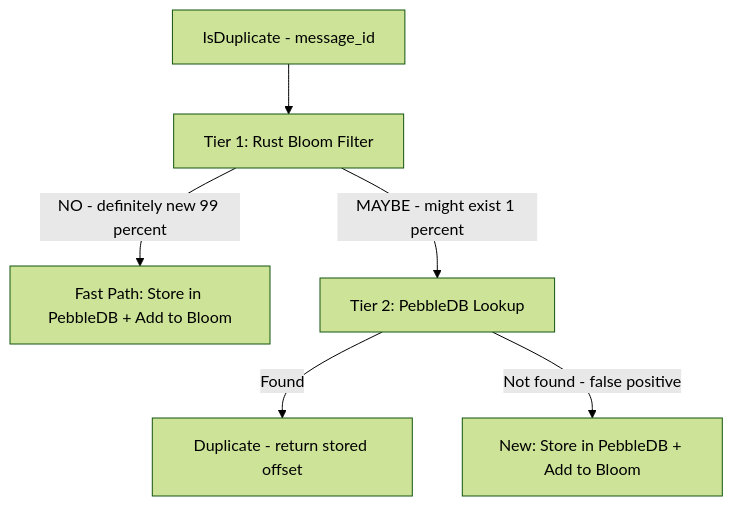
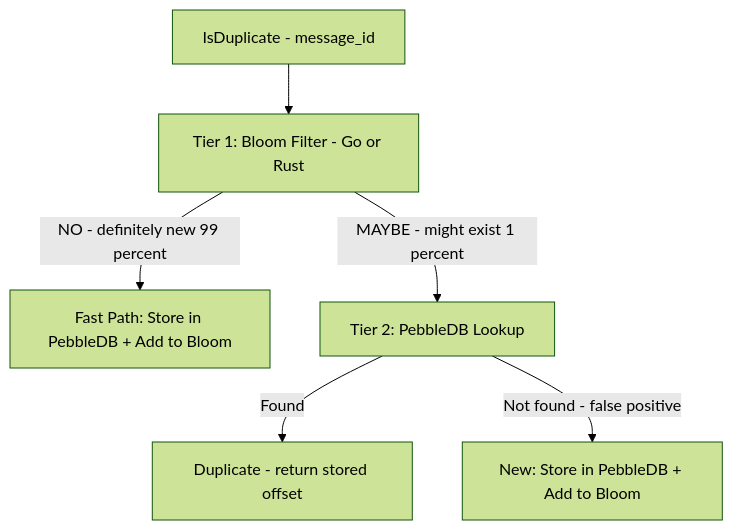
Diagram 17 of 47 in ARCHITECTURE.md (jatin711-debug/cronos_db_golang), drawn with Mermaid (forest theme) before and after one commit. The commit also changed other lines of this file and 31 other files, not shown here.

````diff
--- a/ARCHITECTURE.md
+++ b/ARCHITECTURE.md
@@ -599,10 +637,10 @@
 ```mermaid
 graph TB
-    REQ[IsDuplicate - message_id] --> BF[Tier 1: Rust Bloom Filter]
+    REQ[IsDuplicate - message_id] --> BF[Tier 1: Bloom Filter - Go or Rust]
 
     BF -->|NO - definitely new 99 percent| FAST[Fast Path: Store in PebbleDB + Add to Bloom]
     BF -->|MAYBE - might exist 1 percent| PDB[Tier 2: PebbleDB Lookup]
 
     PDB -->|Found| DUP[Duplicate - return stored offset]
     PDB -->|Not found - false positive| NEW[New: Store in PebbleDB + Add to Bloom]
 ```
````
